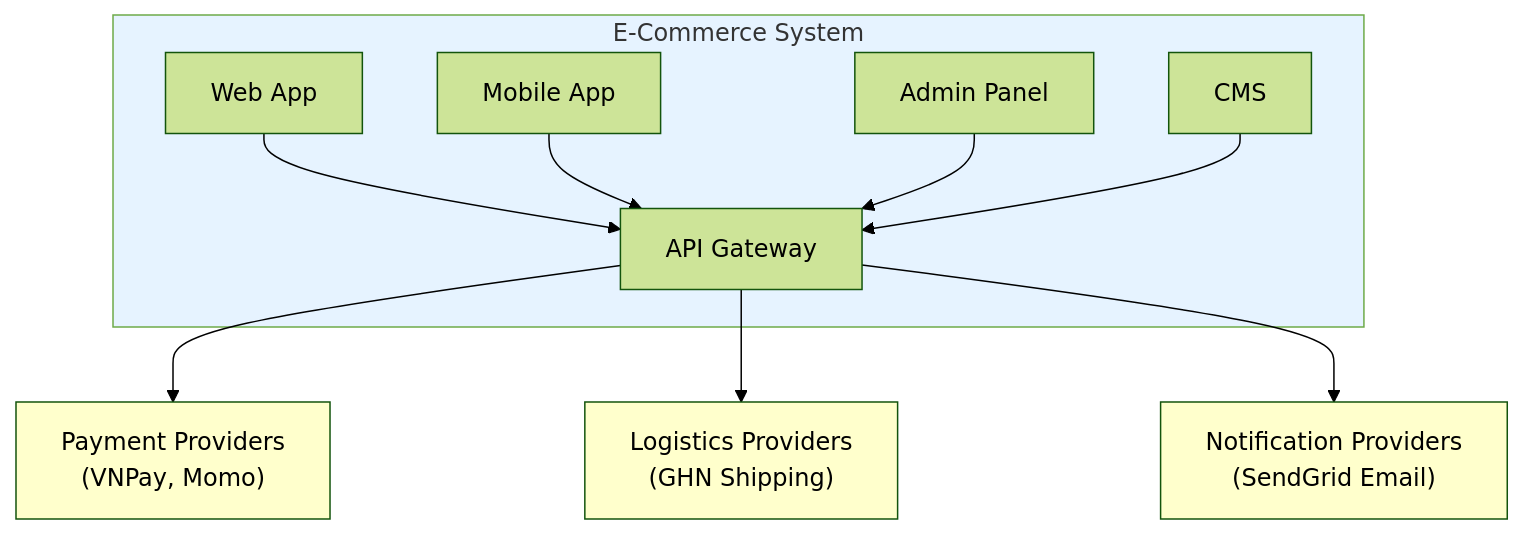
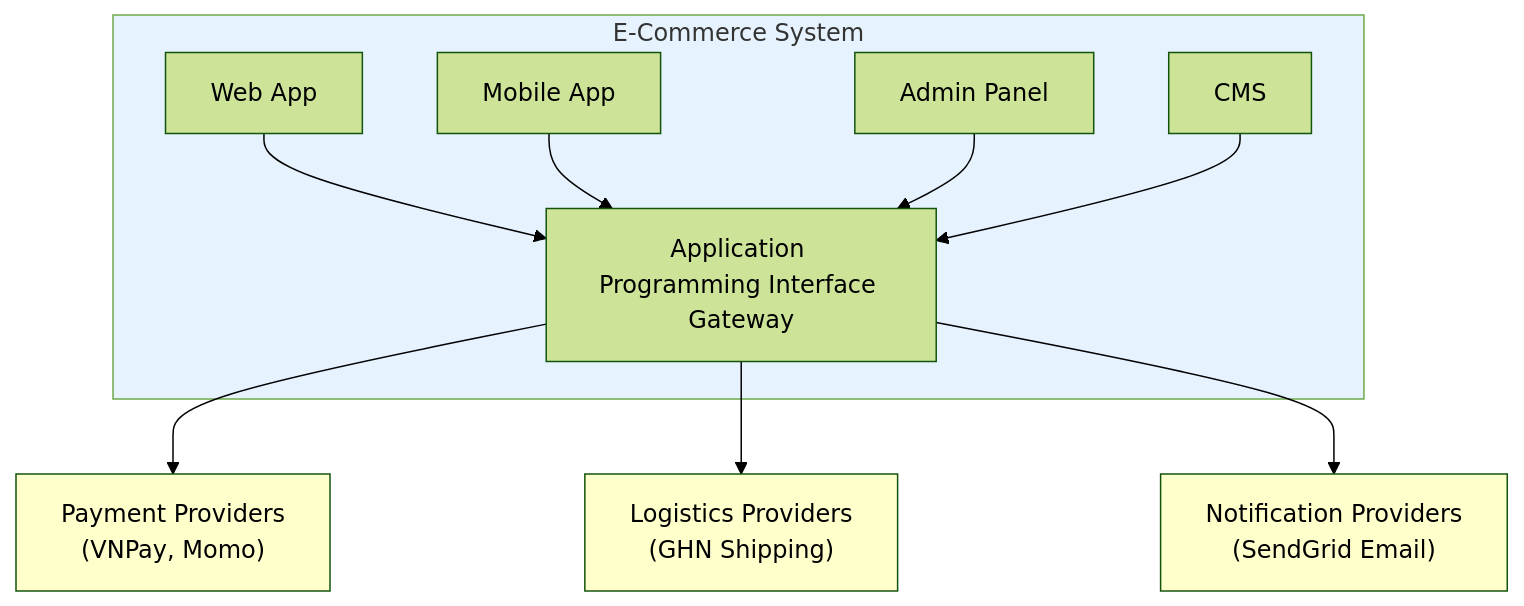
The first of 23 diagrams in So_tay_SA_VN.md (chungminhtu/S--tay-SA--Solution-Architect-), drawn with Mermaid (forest theme) before and after one commit. The commit also changed other lines of this file, not shown here.

````diff
--- a/So_tay_SA_VN.md
+++ b/So_tay_SA_VN.md
@@ -504,23 +504,23 @@
 ```mermaid
 flowchart TB
     subgraph System["E-Commerce System"]
         Web[Web App]
         Mobile[Mobile App]
         Admin[Admin Panel]
         CMS[CMS]
 
-        Web --> Gateway[API Gateway]
+        Web --> Gateway[Application Programming Interface Gateway]
         Mobile --> Gateway
         Admin --> Gateway
         CMS --> Gateway
     end
 
     Gateway --> Payment["Payment Providers<br/>(VNPay, Momo)"]
     Gateway --> Logistics["Logistics Providers<br/>(GHN Shipping)"]
     Gateway --> Notification["Notification Providers<br/>(SendGrid Email)"]
 
     style System fill:#e6f3ff
     style Payment fill:#ffffcc
     style Logistics fill:#ffffcc
     style Notification fill:#ffffcc
 ```
````
